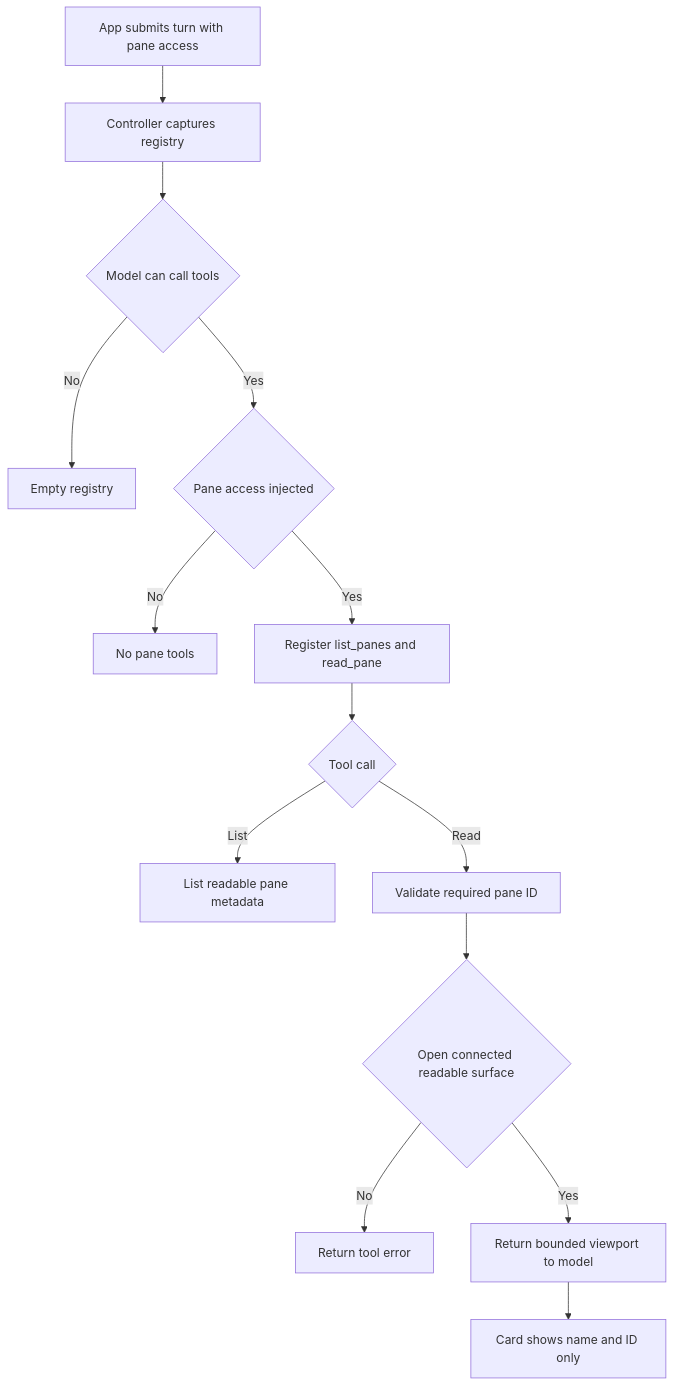
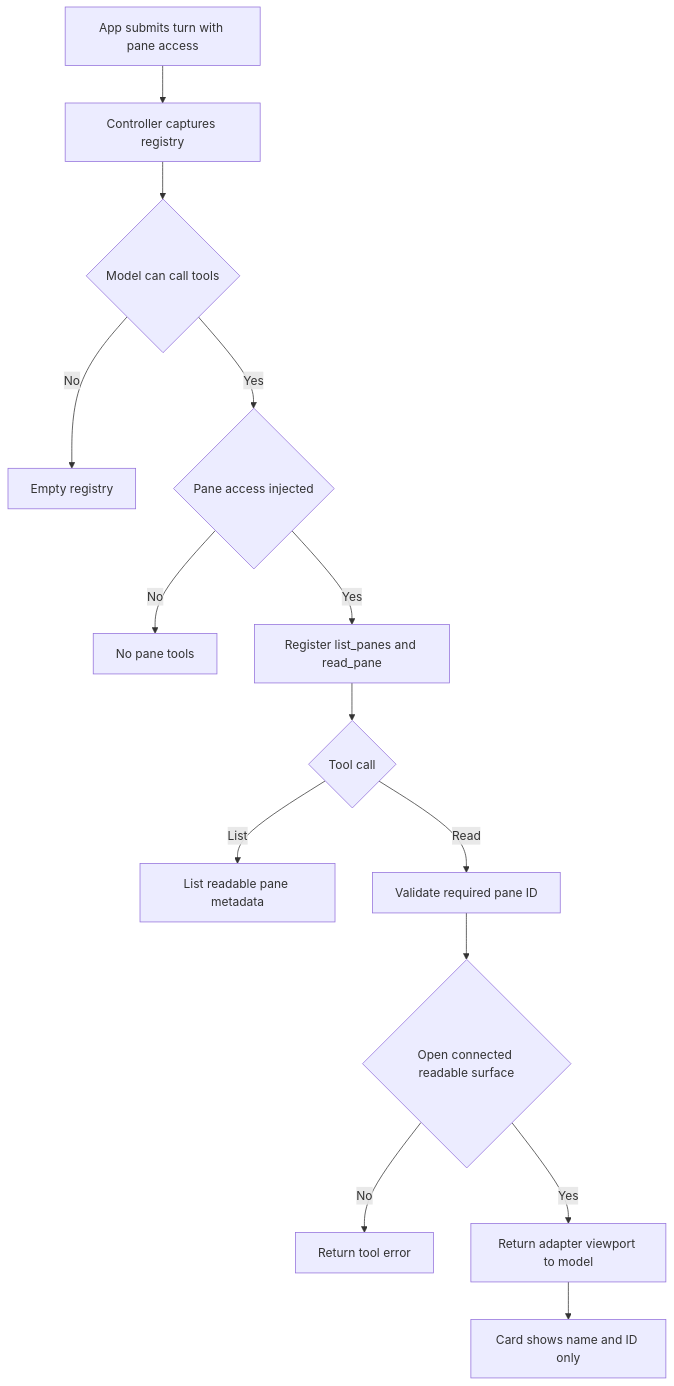
The second of 10 diagrams in openwiki/concepts/agent-runtime-and-assistant.md (AkinoKaede/Termind), drawn with Mermaid before and after one commit. The commit also changed other lines of this file and 61 other files, not shown here.

````diff
--- a/openwiki/concepts/agent-runtime-and-assistant.md
+++ b/openwiki/concepts/agent-runtime-and-assistant.md
@@ -181,16 +181,16 @@
 ```mermaid
 flowchart TD
     Submit["App submits turn with pane access"] --> Capture["Controller captures registry"]
     Capture --> Capable{"Model can call tools"}
     Capable -->|No| Empty["Empty registry"]
     Capable -->|Yes| Injected{"Pane access injected"}
     Injected -->|No| Other["No pane tools"]
     Injected -->|Yes| Pane["Register list_panes and read_pane"]
     Pane --> Call{"Tool call"}
     Call -->|List| Metadata["List readable pane metadata"]
     Call -->|Read| Resolve["Validate required pane ID"]
     Resolve --> Readable{"Open connected readable surface"}
     Readable -->|No| Refuse["Return tool error"]
-    Readable -->|Yes| Viewport["Return bounded viewport to model"]
+    Readable -->|Yes| Viewport["Return adapter viewport to model"]
     Viewport --> Card["Card shows name and ID only"]
 ```
````
